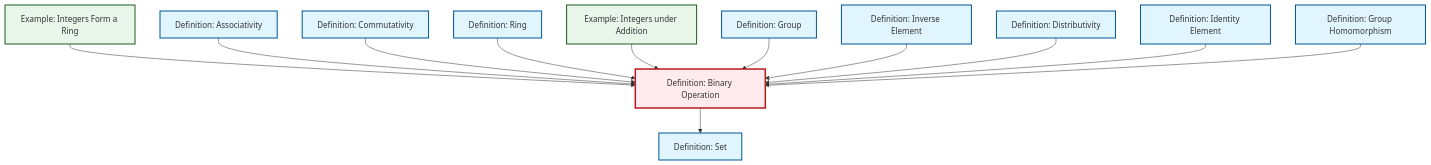
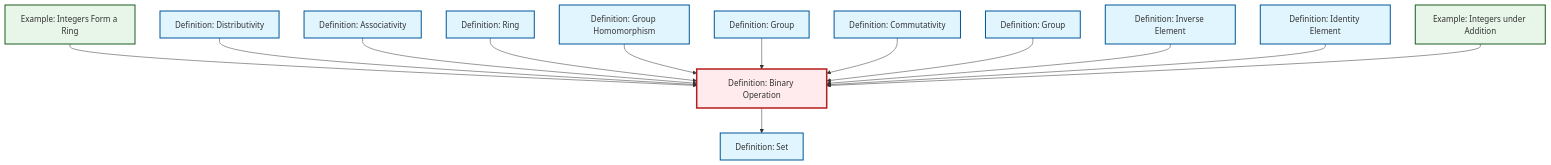
One commit to RK0429/ModernMath changed the diagram in content/ja/algebra/def-binary-operation.qmd. Above: the diagram before and after it, drawn with Mermaid. The commit also changed 511 other files, not shown here.

````diff
--- a/content/ja/algebra/def-binary-operation.qmd
+++ b/content/ja/algebra/def-binary-operation.qmd
@@ -60,45 +60,35 @@
 ```{mermaid}
 %%| fig-cap: "Local dependency graph"
 graph TD
     classDef definition fill:#e1f5fe,stroke:#01579b,stroke-width:2px
     classDef theorem fill:#f3e5f5,stroke:#4a148c,stroke-width:2px
     classDef axiom fill:#fff3e0,stroke:#e65100,stroke-width:2px
     classDef example fill:#e8f5e9,stroke:#1b5e20,stroke-width:2px
     classDef current fill:#ffebee,stroke:#b71c1c,stroke-width:3px
+    def-homomorphism["Definition: Group Homomorphism"]:::definition
+    def-inverse-element["Definition: Inverse Element"]:::definition
+    def-distributivity["Definition: Distributivity"]:::definition
+    def-binary-operation["Definition: Binary Operation"]:::definition
+    def-ring["Definition: Ring"]:::definition
     def-group["Definition: Group"]:::definition
-    def-identity-element["Definition: Identity Element"]:::definition
-    def-binary-operation["Definition: Binary Operation"]:::definition
-    def-commutativity["Definition: Commutativity"]:::definition
-    def-ring["Definition: Ring"]:::definition
-    def-inverse-element["Definition: Inverse Element"]:::definition
-    def-set["Definition: Set"]:::definition
-    def-homomorphism["Definition: Group Homomorphism"]:::definition
     ex-integers-addition["Example: Integers under Addition"]:::example
     ex-integers-ring["Example: Integers Form a Ring"]:::example
-    def-distributivity["Definition: Distributivity"]:::definition
     def-associativity["Definition: Associativity"]:::definition
+    def-identity-element["Definition: Identity Element"]:::definition
+    def-commutativity["Definition: Commutativity"]:::definition
+    def-set["Definition: Set"]:::definition
+    def-group-example["Definition: Group"]:::definition
     ex-integers-ring --> def-binary-operation
+    def-distributivity --> def-binary-operation
     def-associativity --> def-binary-operation
+    def-ring --> def-binary-operation
+    def-homomorphism --> def-binary-operation
+    def-group --> def-binary-operation
     def-commutativity --> def-binary-operation
-    def-ring --> def-binary-operation
+    def-binary-operation --> def-set
+    def-group-example --> def-binary-operation
+    def-inverse-element --> def-binary-operation
+    def-identity-element --> def-binary-operation
     ex-integers-addition --> def-binary-operation
-    def-group --> def-binary-operation
-    def-binary-operation --> def-set
-    def-inverse-element --> def-binary-operation
-    def-distributivity --> def-binary-operation
-    def-identity-element --> def-binary-operation
-    def-homomorphism --> def-binary-operation
     class def-binary-operation current
-
-    click def-group "def-group.html" "Definition: Groupへ"
-    click def-identity-element "def-identity-element.html" "Definition: Identity Elementへ"
-    click def-commutativity "def-commutativity.html" "Definition: Commutativityへ"
-    click def-ring "def-ring.html" "Definition: Ringへ"
-    click def-inverse-element "def-inverse-element.html" "Definition: Inverse Elementへ"
-    click def-set "def-set.html" "Definition: Setへ"
-    click def-homomorphism "def-homomorphism.html" "Definition: Group Homomorphismへ"
-    click ex-integers-addition "ex-integers-addition.html" "Example: Integers under Additionへ"
-    click ex-integers-ring "ex-integers-ring.html" "Example: Integers Form a Ringへ"
-    click def-distributivity "def-distributivity.html" "Definition: Distributivityへ"
-    click def-associativity "def-associativity.html" "Definition: Associativityへ"
 ```
````
